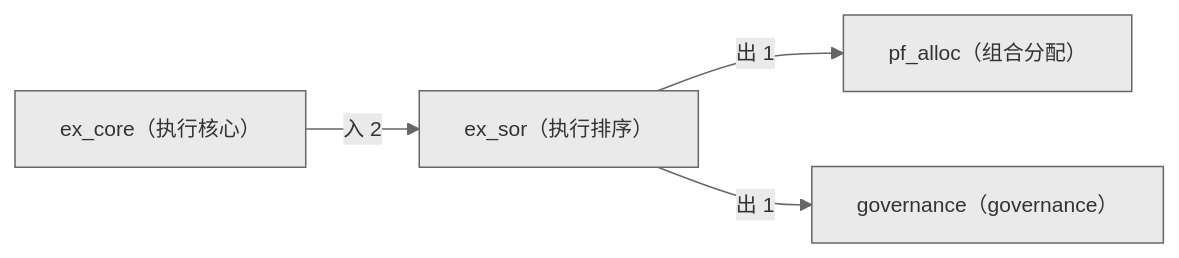
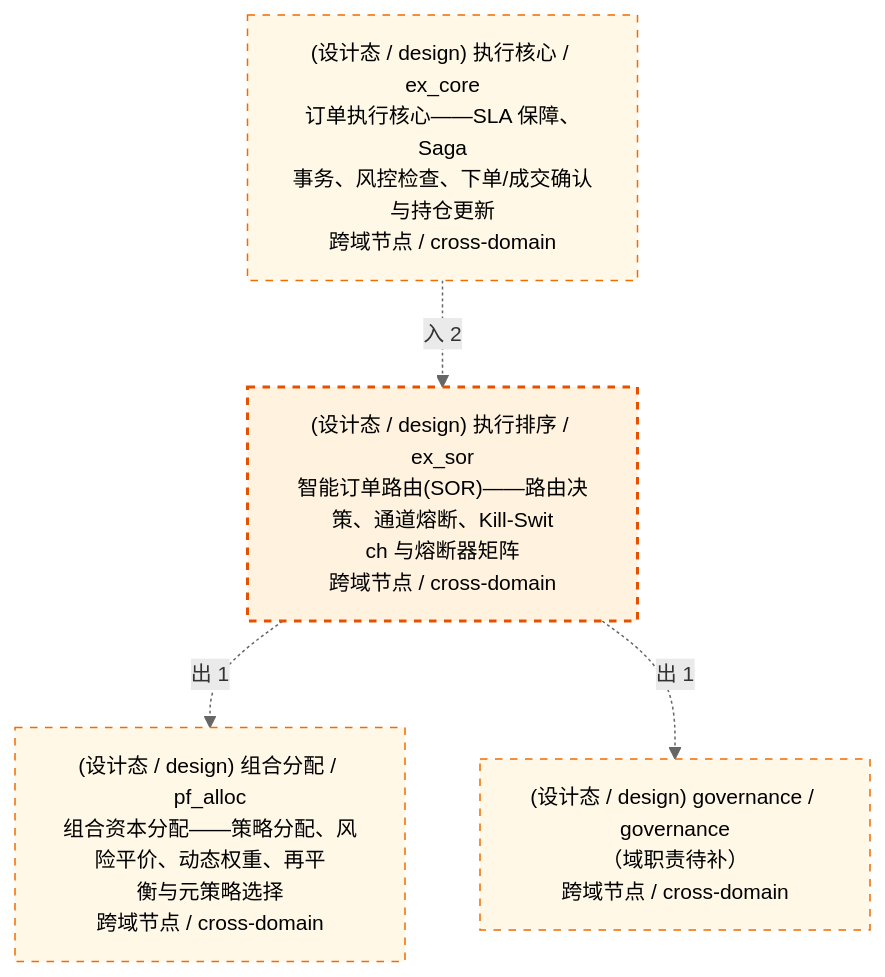
The third of 3 diagrams in docs/02_enterprise_architecture/06_decision_architecture/15_decision_l3_ex_sor.md (xuanFelixVan/ZephyrAlpha), drawn with Mermaid before and after one commit. The commit also changed other lines of this file and 23 other files, not shown here.

First line of the commit message:
feat(decisiongraph): 决策流图生成器模板 V1.2 全面升级——严格三视图+四要素标签+classDef四色+HTML联动

````diff
--- a/docs/02_enterprise_architecture/06_decision_architecture/15_decision_l3_ex_sor.md
+++ b/docs/02_enterprise_architecture/06_decision_architecture/15_decision_l3_ex_sor.md
@@ -76,11 +169,17 @@
 ```mermaid
-%%{init: {'theme': 'base', 'themeVariables': {'primaryColor': '#eaeaea', 'primaryTextColor': '#333333', 'primaryBorderColor': '#666666', 'lineColor': '#666666', 'secondaryColor': '#eaeaea', 'tertiaryColor': '#eaeaea', 'fontSize': '14px'}}}%%
-flowchart LR
-    SELF["ex_sor（执行排序）"]
-    EXT_pf_alloc["pf_alloc（组合分配）"]
-    SELF -->|出 1| EXT_pf_alloc
-    EXT_governance["governance（governance）"]
-    SELF -->|出 1| EXT_governance
-    EXT_ex_core["ex_core（执行核心）"]
-    EXT_ex_core -->|入 2| SELF
+%%{init: {'theme': 'base', 'themeVariables': {'primaryColor': '#eaeaea', 'primaryTextColor': '#333333', 'primaryBorderColor': '#666666', 'lineColor': '#666666', 'secondaryColor': '#eaeaea', 'tertiaryColor': '#eaeaea', 'clusterBkg': 'transparent', 'clusterBorder': 'transparent', 'fontSize': '14px'}}}%%
+flowchart TD
+    SELF["(设计态 / design) 执行排序 / ex_sor<br/>智能订单路由(SOR)——路由决策、通道熔断、Kill-Swit<br/>ch 与熔断器矩阵<br/>跨域节点 / cross-domain"]
+    EXT_pf_alloc["(设计态 / design) 组合分配 / pf_alloc<br/>组合资本分配——策略分配、风险平价、动态权重、再平<br/>衡与元策略选择<br/>跨域节点 / cross-domain"]
+    SELF -.->|出 1| EXT_pf_alloc
+    EXT_governance["(设计态 / design) governance / governance<br/>（域职责待补）<br/>跨域节点 / cross-domain"]
+    SELF -.->|出 1| EXT_governance
+    EXT_ex_core["(设计态 / design) 执行核心 / ex_core<br/>订单执行核心——SLA 保障、Saga<br/>事务、风控检查、下单/成交确认与持仓更新<br/>跨域节点 / cross-domain"]
+    EXT_ex_core -.->|入 2| SELF
+    classDef production fill:#e1f5fe,stroke:#01579b,stroke-width:2px,color:#000
+    classDef design fill:#fff3e0,stroke:#e65100,stroke-width:2px,color:#000,stroke-dasharray: 5 5
+    classDef external_prod fill:#e8f4fd,stroke:#0277bd,stroke-width:1px,color:#000
+    classDef external_design fill:#fff8e7,stroke:#ef6c00,stroke-width:1px,color:#000,stroke-dasharray: 5 5
+    class SELF design
+    class EXT_pf_alloc,EXT_governance,EXT_ex_core external_design
 ```
````
